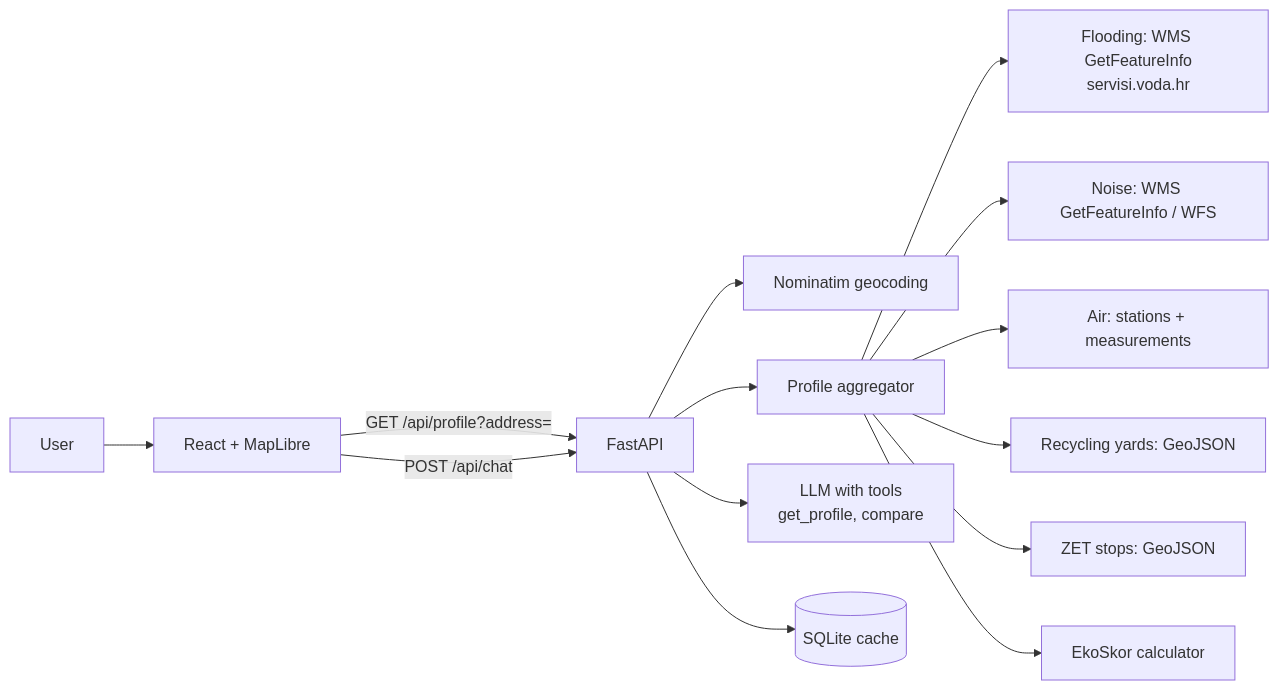
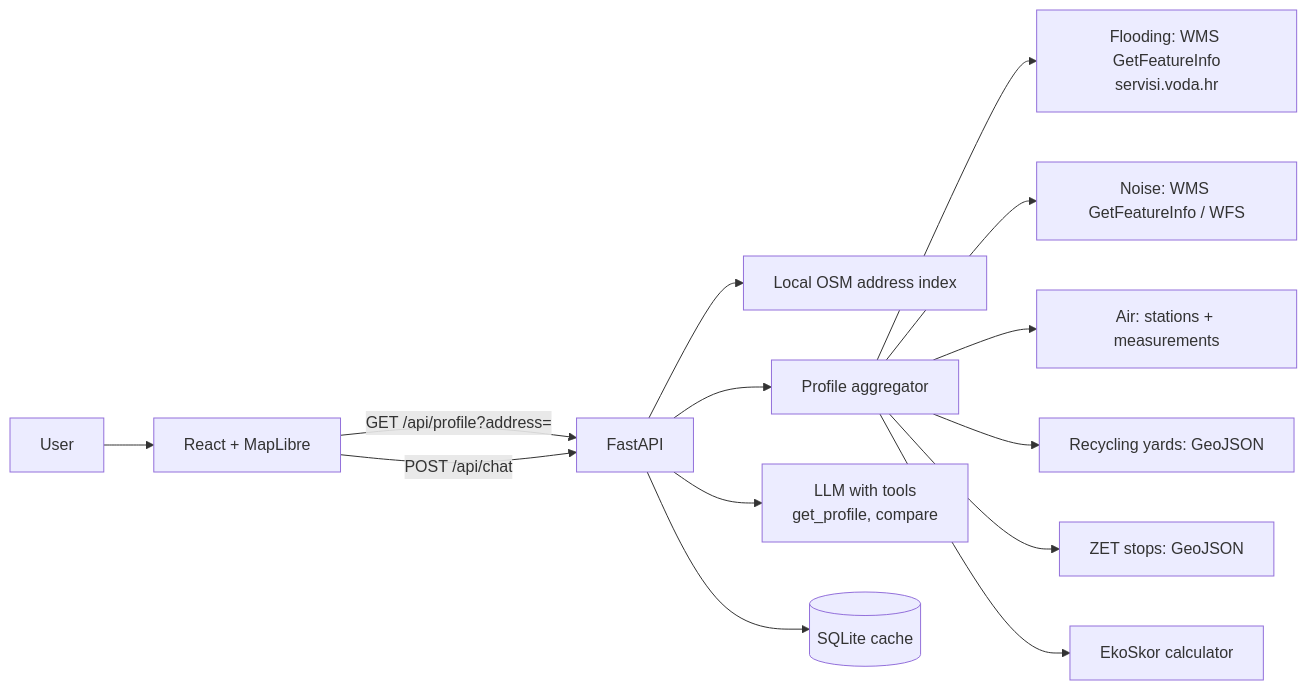
One commit to Filip-Pogac/EkoAdresa changed the diagram in PLAN.md. Above: the diagram before and after it, drawn with Mermaid. The commit also changed other lines of this file and 11 other files, not shown here.

First line of the commit message:
feat: address search endpoint over the local OSM index

````diff
--- a/PLAN.md
+++ b/PLAN.md
@@ -119,16 +119,16 @@
 ```mermaid
 flowchart LR
     U[User] --> FE[React + MapLibre]
     FE -->|GET /api/profile?address=| BE[FastAPI]
     FE -->|POST /api/chat| BE
-    BE --> GEO[Nominatim geocoding]
+    BE --> GEO[Local OSM address index]
     BE --> AGG[Profile aggregator]
     AGG --> F[Flooding: WMS GetFeatureInfo<br/>servisi.voda.hr]
     AGG --> N[Noise: WMS GetFeatureInfo / WFS]
     AGG --> A[Air: stations + measurements]
     AGG --> W[Recycling yards: GeoJSON]
     AGG --> T[ZET stops: GeoJSON]
     AGG --> S[EkoSkor calculator]
     BE --> LLM[LLM with tools<br/>get_profile, compare]
     BE --> C[(SQLite cache)]
 ```
````
